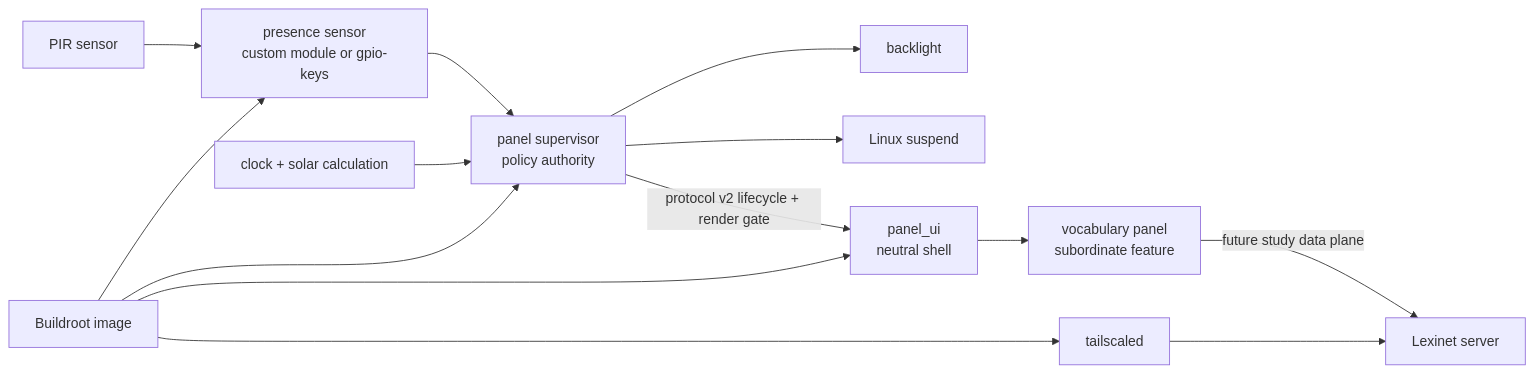
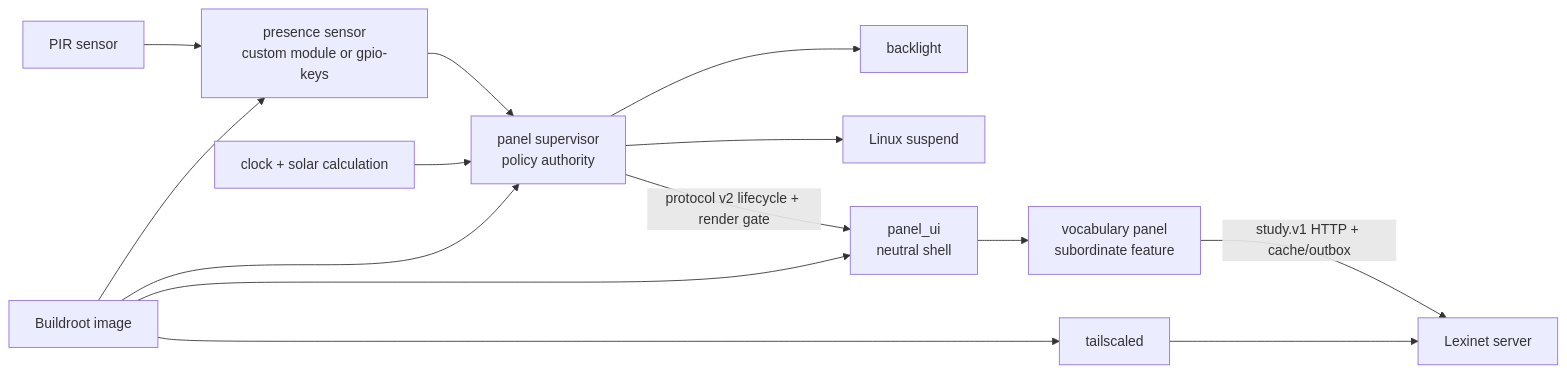
One commit to scshafe/embedded-house-panel changed the first of 2 diagrams in README.md. Above: the diagram before and after it, drawn with Mermaid. The commit also changed other lines of this file and 8 other files, not shown here.

````diff
--- a/README.md
+++ b/README.md
@@ -88,16 +91,16 @@
 ```mermaid
 flowchart LR
     PIR["PIR sensor"] --> PRESENCE["presence sensor\ncustom module or gpio-keys"]
     PRESENCE --> SUPERVISOR["panel supervisor\npolicy authority"]
     CLOCK["clock + solar calculation"] --> SUPERVISOR
     SUPERVISOR --> BACKLIGHT["backlight"]
     SUPERVISOR --> SUSPEND["Linux suspend"]
     SUPERVISOR -->|"protocol v2 lifecycle + render gate"| UI["panel_ui\nneutral shell"]
     UI --> VOCABULARY["vocabulary panel\nsubordinate feature"]
-    VOCABULARY -->|"future study data plane"| LEXINET["Lexinet server"]
+    VOCABULARY -->|"study.v1 HTTP + cache/outbox"| LEXINET["Lexinet server"]
     BUILDROOT["Buildroot image"] --> PRESENCE
     BUILDROOT --> SUPERVISOR
     BUILDROOT --> UI
     BUILDROOT --> TAILSCALE["tailscaled"]
     TAILSCALE --> LEXINET
 ```
````
